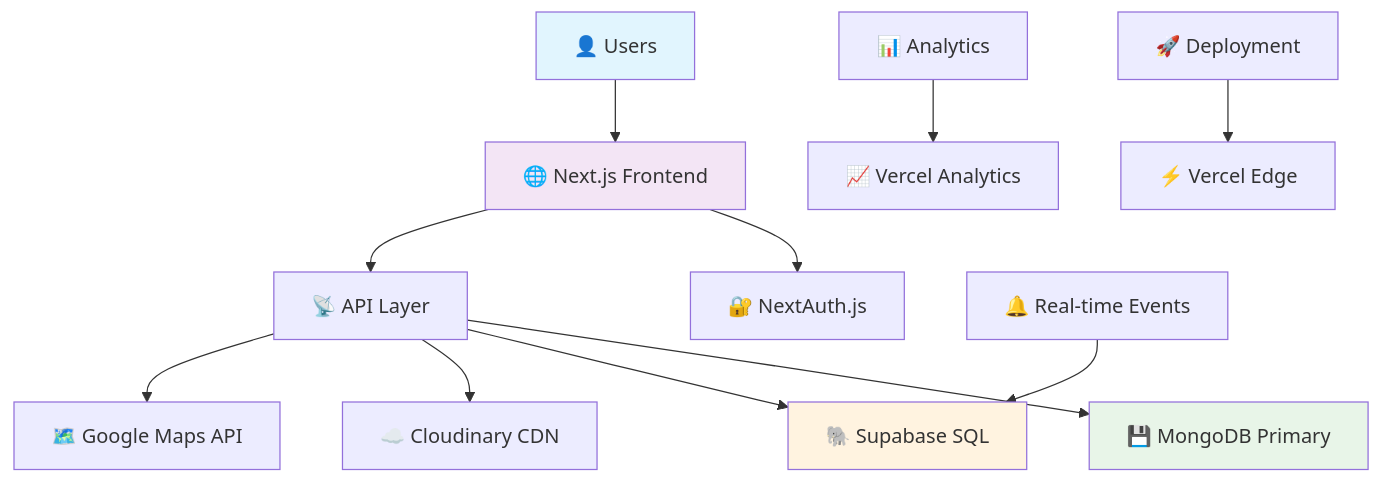
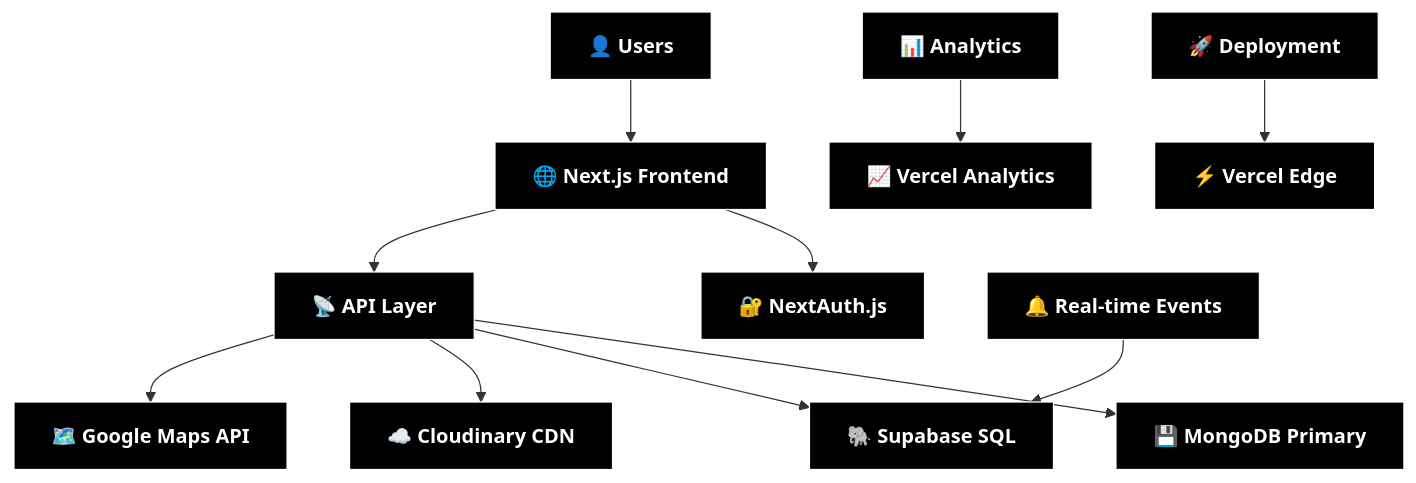
One commit to khusshhhhh/redrive changed the diagram in README.md. Above: the diagram before and after it, drawn with Mermaid. The commit also changed other lines of this file, not shown here.

````diff
--- a/README.md
+++ b/README.md
@@ -43,20 +53,29 @@
 ```mermaid
 graph TB
     A[👤 Users] --> B[🌐 Next.js Frontend]
     B --> C[🔐 NextAuth.js]
     B --> D[📡 API Layer]
 
     D --> E[💾 MongoDB Primary]
     D --> F[🐘 Supabase SQL]
     D --> G[☁️ Cloudinary CDN]
     D --> H[🗺️ Google Maps API]
 
     I[🔔 Real-time Events] --> F
     J[📊 Analytics] --> K[📈 Vercel Analytics]
     L[🚀 Deployment] --> M[⚡ Vercel Edge]
 
-    style A fill:#e1f5fe
-    style B fill:#f3e5f5
-    style E fill:#e8f5e8
-    style F fill:#fff3e0
+    style A fill:#000,stroke:#fff,color:#ffffff,font-weight:bold
+    style B fill:#000,stroke:#fff,color:#ffffff,font-weight:bold
+    style C fill:#000,stroke:#fff,color:#ffffff,font-weight:bold
+    style D fill:#000,stroke:#fff,color:#ffffff,font-weight:bold
+    style E fill:#000,stroke:#fff,color:#ffffff,font-weight:bold
+    style F fill:#000,stroke:#fff,color:#ffffff,font-weight:bold
+    style G fill:#000,stroke:#fff,color:#ffffff,font-weight:bold
+    style H fill:#000,stroke:#fff,color:#ffffff,font-weight:bold
+    style I fill:#000,stroke:#fff,color:#ffffff,font-weight:bold
+    style J fill:#000,stroke:#fff,color:#ffffff,font-weight:bold
+    style K fill:#000,stroke:#fff,color:#ffffff,font-weight:bold
+    style L fill:#000,stroke:#fff,color:#ffffff,font-weight:bold
+    style M fill:#000,stroke:#fff,color:#ffffff,font-weight:bold
 ```
````
